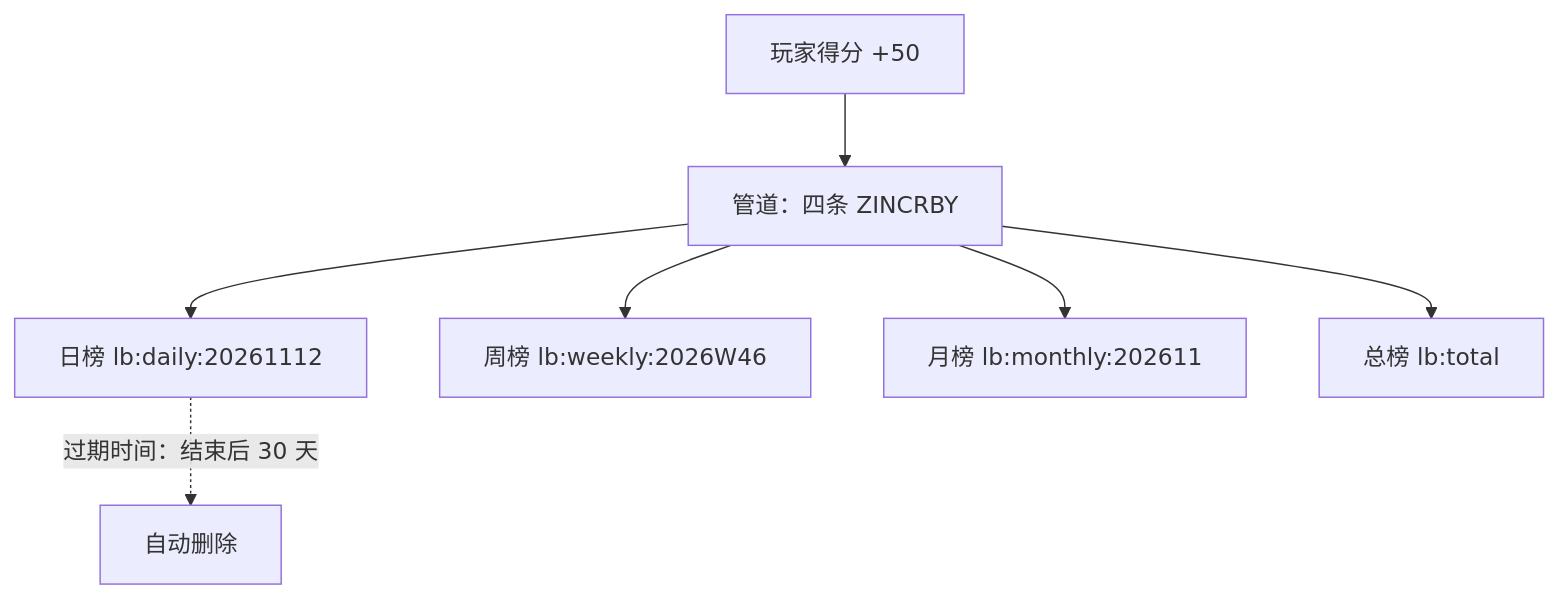
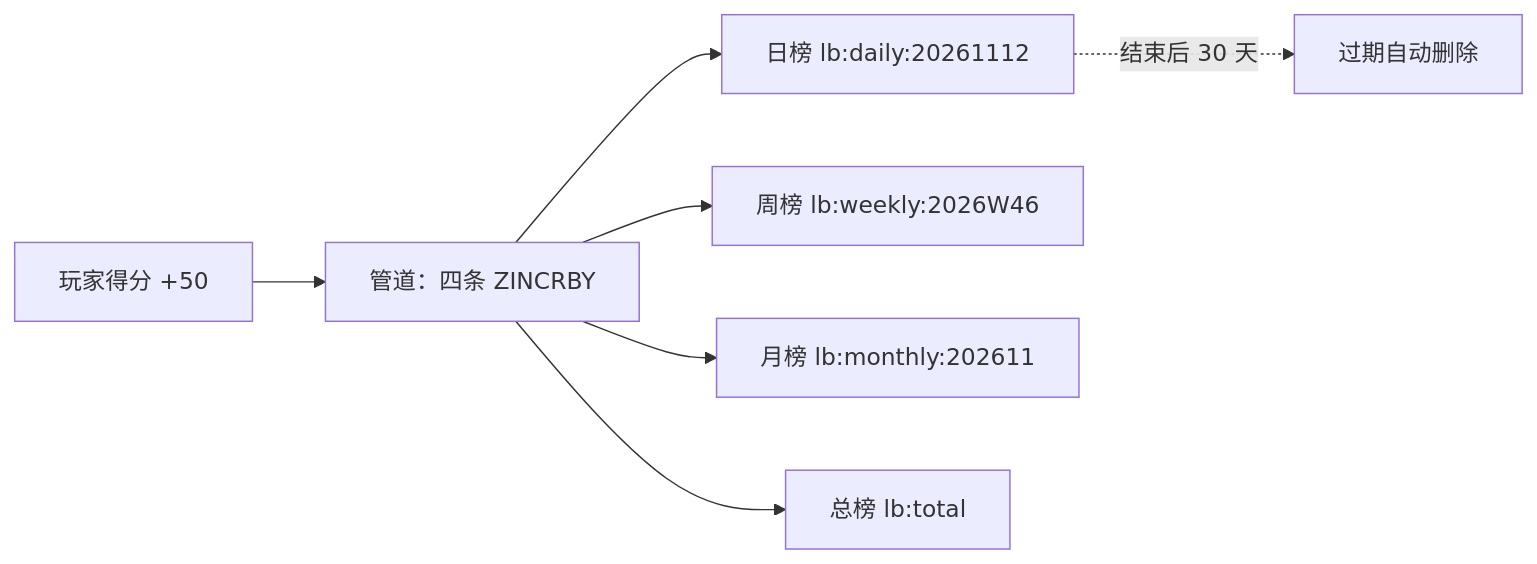
One commit to liulangjietou/interview changed the third of 9 diagrams in 12-场景设计/S14-实时排行榜.md. Above: the diagram before and after it, drawn with Mermaid.

Commit message:
docs: 新增场景设计 S14 实时排行榜

````diff
--- a/12-场景设计/S14-实时排行榜.md
+++ b/12-场景设计/S14-实时排行榜.md
@@ -229,9 +229,9 @@
 ```mermaid
-flowchart TD
+flowchart LR
     A["玩家得分 +50"] --> B["管道：四条 ZINCRBY"]
     B --> D["日榜 lb:daily:20261112"]
     B --> W["周榜 lb:weekly:2026W46"]
     B --> M["月榜 lb:monthly:202611"]
     B --> T["总榜 lb:total"]
-    D -.->|"过期时间：结束后 30 天"| X["自动删除"]
+    D -.->|"结束后 30 天"| X["过期自动删除"]
 ```
````
